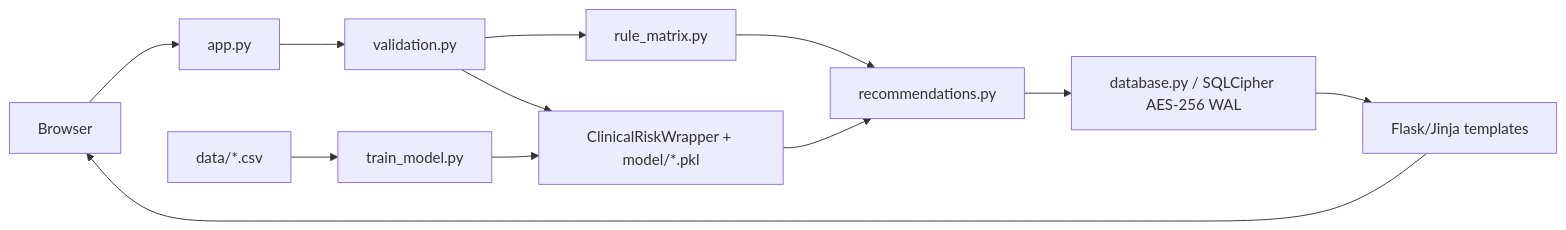
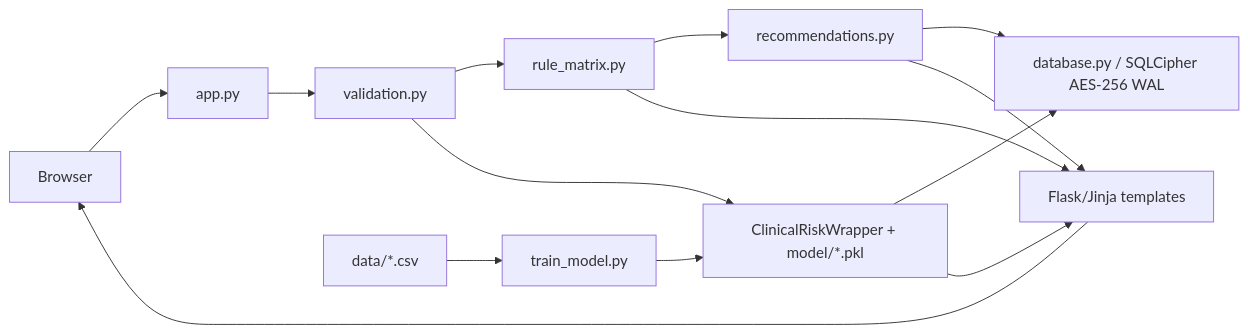
Before and after one commit to n-leigh/diabetes-check: the diagram in ARCHITECTURE.md, drawn with Mermaid. The commit also changed 3 other files, not shown here.

````diff
--- a/ARCHITECTURE.md
+++ b/ARCHITECTURE.md
@@ -3,13 +3,15 @@
 ```mermaid
 flowchart LR
   Browser --> Flask[app.py]
   Flask --> Validate[validation.py]
   Validate --> Rules[rule_matrix.py]
   Validate --> Models[ClinicalRiskWrapper + model/*.pkl]
   Rules --> Guidance[recommendations.py]
-  Models --> Guidance
   Guidance --> SQLite[database.py / SQLCipher AES-256 WAL]
-  SQLite --> Templates[Flask/Jinja templates]
+  Models --> SQLite
+  Rules --> Templates[Flask/Jinja templates]
+  Models --> Templates
+  Guidance --> Templates
   Templates --> Browser
   Cohorts[data/*.csv] --> Train[train_model.py] --> Models
 ```
````
